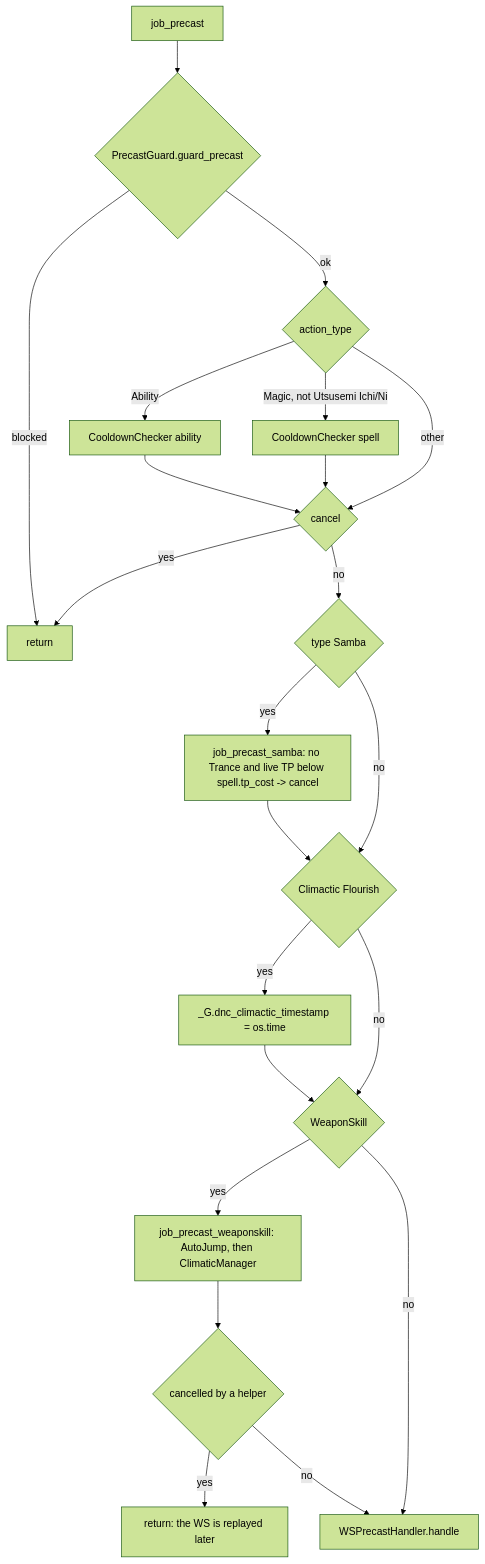
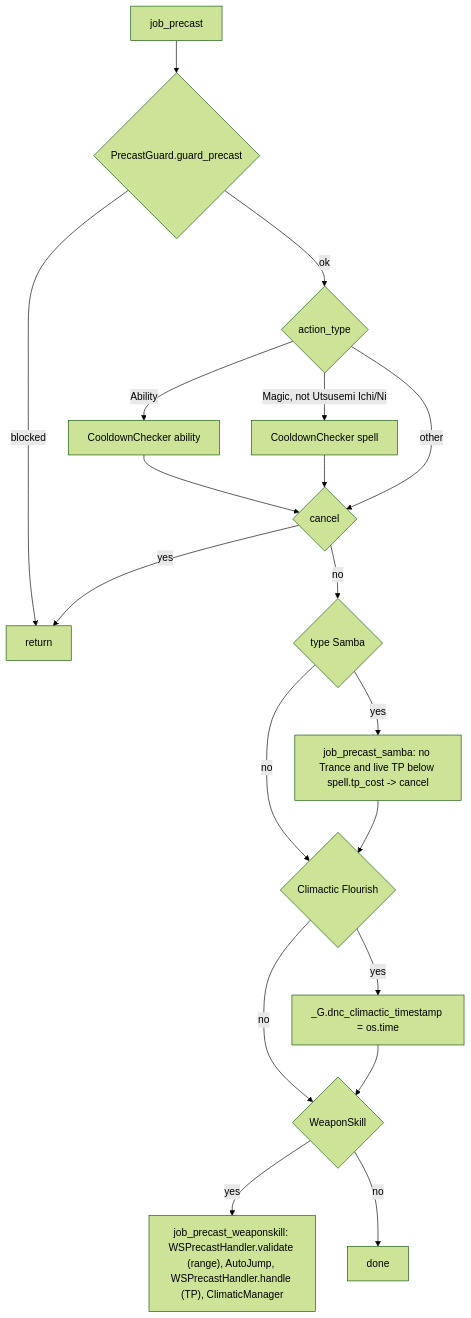
The second of 3 diagrams in docs/dev/jobs/dnc.md (ejouanchicot/Gearswap), drawn with Mermaid (forest theme) before and after one commit. The commit also changed other lines of this file and 10 other files, not shown here.

First line of the commit message:
fix(dnc,war): a weaponskill out of range spends no Jump or Climactic

````diff
--- a/docs/dev/jobs/dnc.md
+++ b/docs/dev/jobs/dnc.md
@@ -129,24 +130,21 @@
 ```mermaid
 flowchart TD
     A[job_precast] --> B{PrecastGuard.guard_precast}
     B -- blocked --> Z[return]
     B -- ok --> C{action_type}
     C -- Ability --> D[CooldownChecker ability]
     C -- "Magic, not Utsusemi Ichi/Ni" --> E[CooldownChecker spell]
     D --> F{cancel}
     E --> F
     C -- other --> F
     F -- yes --> Z
     F -- no --> G{type Samba}
     G -- yes --> H["job_precast_samba: no Trance and live TP below spell.tp_cost -> cancel"]
     G -- no --> I
     H --> I{Climactic Flourish}
     I -- yes --> J[_G.dnc_climactic_timestamp = os.time]
     I -- no --> K
     J --> K{WeaponSkill}
-    K -- yes --> L["job_precast_weaponskill: AutoJump, then ClimaticManager"]
-    K -- no --> M
-    L --> LC{cancelled by a helper}
-    LC -- yes --> Z2[return: the WS is replayed later]
-    LC -- no --> M[WSPrecastHandler.handle]
+    K -- yes --> L["job_precast_weaponskill: WSPrecastHandler.validate (range), AutoJump, WSPrecastHandler.handle (TP), ClimaticManager"]
+    K -- no --> Z3[done]
 ```
````
